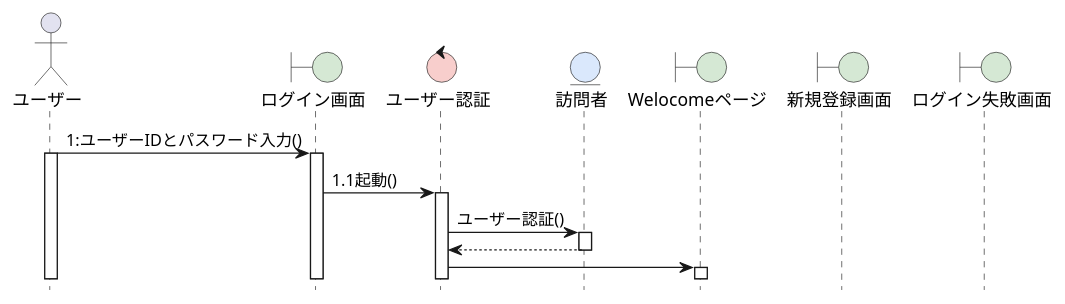
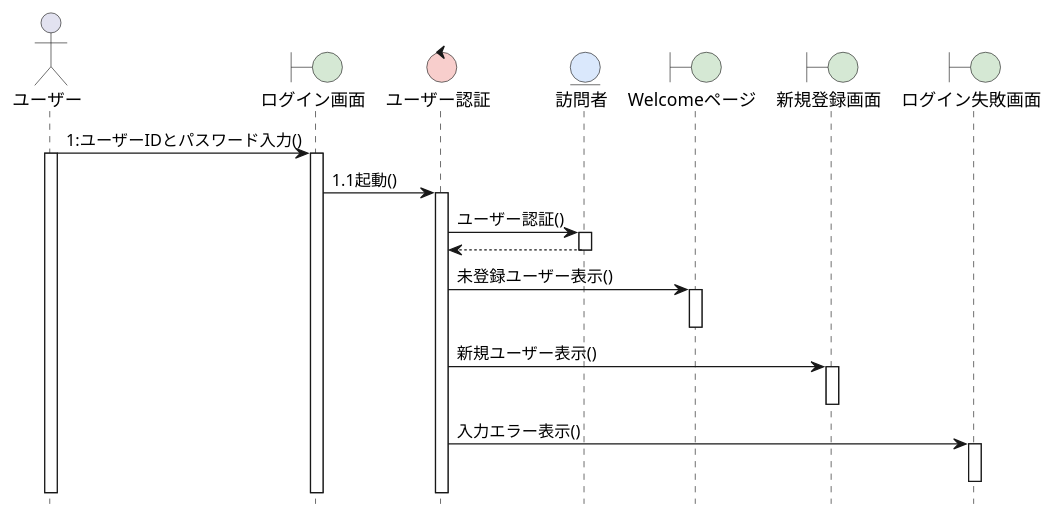
Before and after one commit to seiga725/ohara_uml: the diagram in group/07_web_visitor/sequence_login.pu, drawn with PlantUML. The commit also changed 6 other files, not shown here.

```diff
--- a/group/07_web_visitor/sequence_login.pu
+++ b/group/07_web_visitor/sequence_login.pu
@@ -1,35 +1,43 @@
 @startuml
 
 hide footbox
 skinparam boundaryBackgroundColor #D5E8D4
 skinparam controlBackgroundColor  #F8CECC
 skinparam entityBackgroundColor   #DAE8FC
 
 actor ユーザー as A
 boundary ログイン画面 as B1
 control ユーザー認証 as B2
 entity 訪問者 as B4
-boundary Welocomeページ as B5
+boundary Welcomeページ as B5
 boundary 新規登録画面 as B6
 boundary ログイン失敗画面 as B7
-
-
-
-
 
 A -> B1: 1:ユーザーIDとパスワード入力()
 activate A
 activate B1
 
 B1 -> B2: 1.1起動()
 activate B2
 
-B2 -> B4:ユーザー認証()
+B2 -> B4: ユーザー認証()
 activate B4
 B4 --> B2:
 deactivate B4
 
-B2 -> B5:
+B2 -> B5: 未登録ユーザー表示()
 activate B5
+deactivate B5
+
+
+B2 -> B6:新規ユーザー表示()
+activate B6
+deactivate B6
+
+
+B2 -> B7:入力エラー表示()
+activate B7
+deactivate B7
+
 
 @enduml
```
